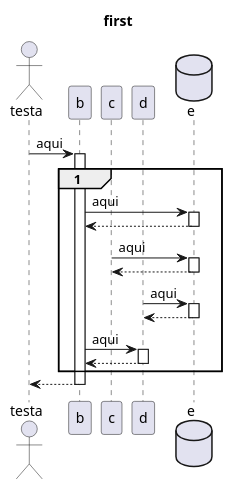
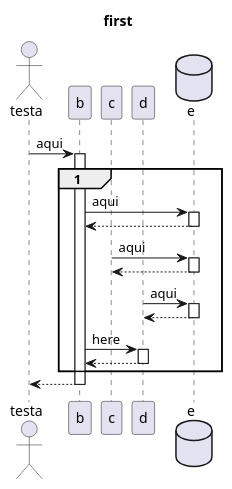
The diagram in docs/diagram/third_test_test.puml (lipefebn/spotify-crud), drawn with PlantUML before and after one commit. The commit also changed 1 other file, not shown here.

```diff
--- a/docs/diagram/third_test_test.puml
+++ b/docs/diagram/third_test_test.puml
@@ -1,24 +1,24 @@
 @startuml
 
 title first
 
 actor testa
 participant b
 participant c
 participant d
 database    e
 
 testa -> b ++ : aqui
 group 1
     b -> e ++ : aqui
     return
     c -> e ++ : aqui
     return
     d -> e ++ : aqui
     return
-    b -> d ++ : aqui
+    b -> d ++ : here
     return
 end
 return
 
 @enduml
```
